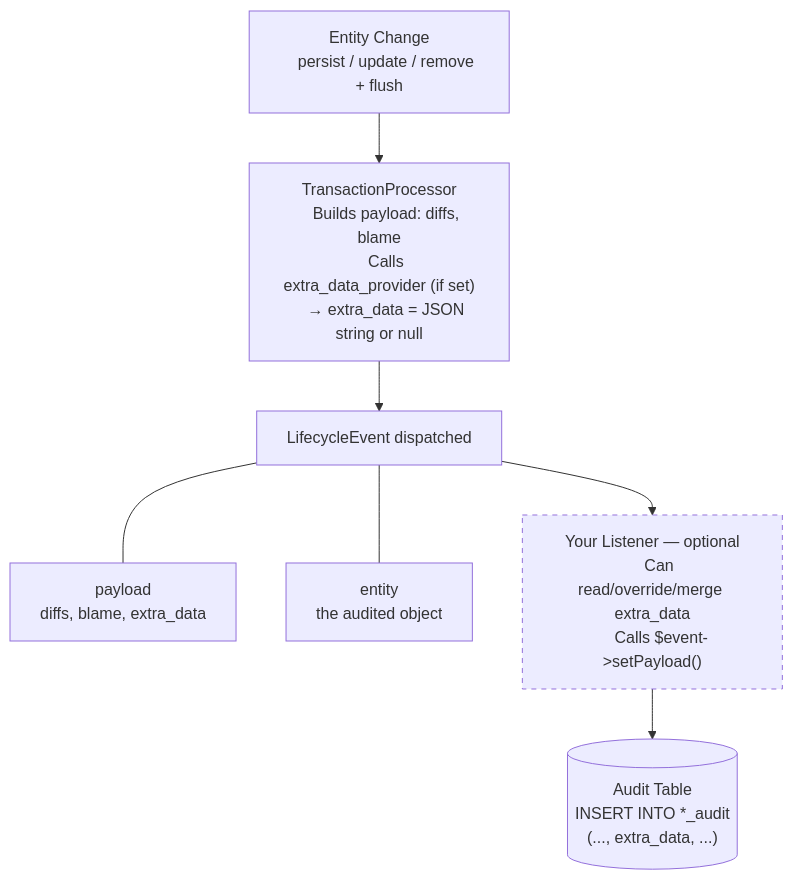
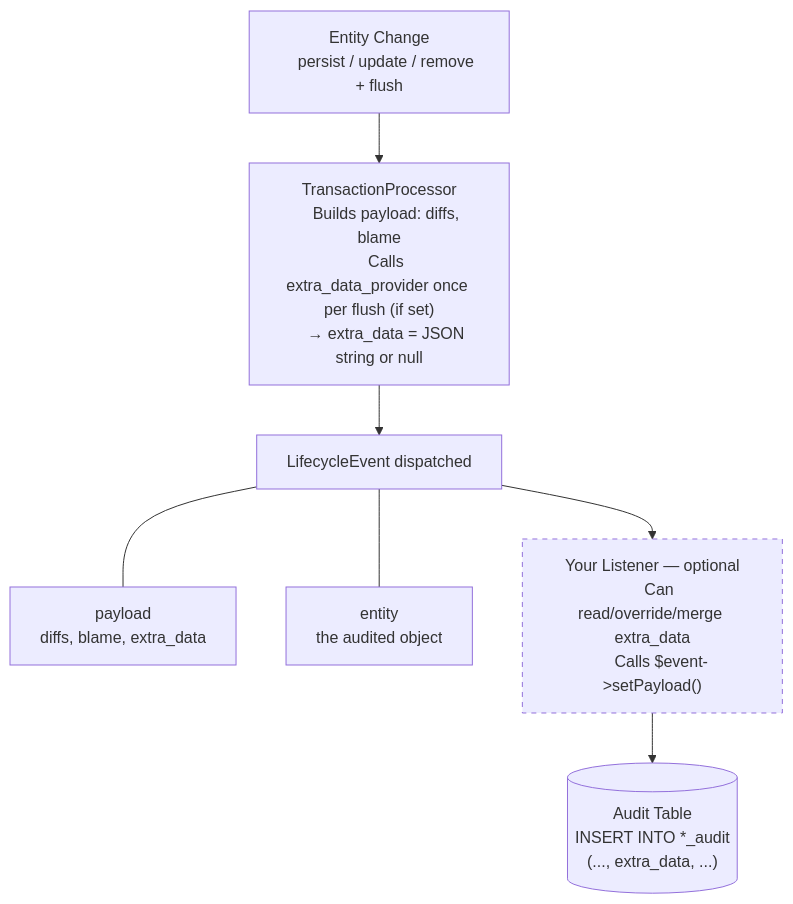
One commit to DamienHarper/auditor changed the diagram in docs/extra-data.md. Above: the diagram before and after it, drawn with Mermaid. The commit also changed 2 other files, not shown here.

Commit message:
perf(entry): decode the JSON columns of an Entry once (#348)
Entry decoded its diffs, blame and extra_data JSON on every accessor call:
a viewer page reads username, userFqdn, ip, via, the diffs and
isDeepDiff() per field, i.e. a dozen json_decode() per entry. The
decoded columns and the result of getDiffs() are now kept on the
(read-only) entry.

Measured on PHP 8.5.13, 50 entries of 10 fields read like the viewer
does: 7.56 ms -> 0.80 ms per page (-89 %).

The extra data provider documentation now says it is called once per
flush (provider 2.0).

````diff
--- a/docs/extra-data.md
+++ b/docs/extra-data.md
@@ -16,27 +16,27 @@
 ```mermaid
 flowchart TD
     A["Entity Change
     persist / update / remove + flush"] --> B
 
     B["TransactionProcessor
     Builds payload: diffs, blame
-    Calls extra_data_provider (if set)
+    Calls extra_data_provider once per flush (if set)
     → extra_data = JSON string or null"] --> C
 
     C["LifecycleEvent dispatched"]
     C --- D["payload
     diffs, blame, extra_data"]
     C --- E["entity
     the audited object"]
     C --> F
 
     F["Your Listener — optional
     Can read/override/merge extra_data
     Calls $event->setPayload()"]:::optional --> G
 
     G[("Audit Table
     INSERT INTO *_audit
     (..., extra_data, ...)")]
 
     classDef optional stroke-dasharray: 5 5
 ```
````
